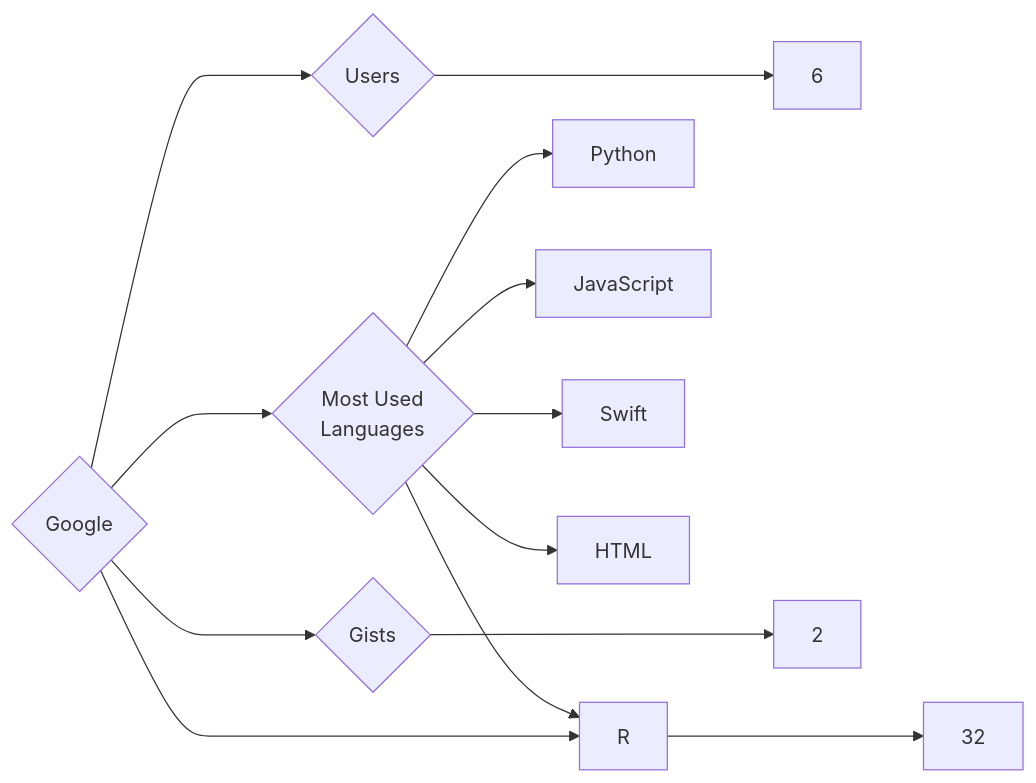
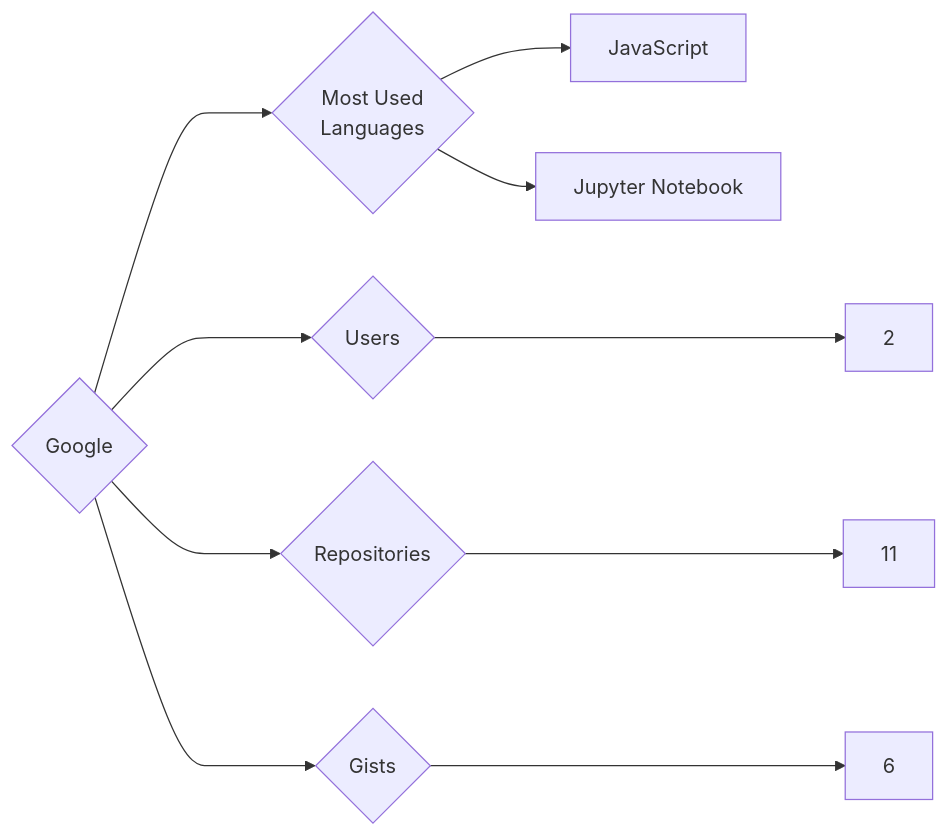
The diagram in targets/Google/README.md (trickest/insiders), drawn with Mermaid before and after one commit. The commit also changed 618 other files, not shown here.

````diff
--- a/targets/Google/README.md
+++ b/targets/Google/README.md
@@ -3,13 +3,10 @@
 ```mermaid
 graph LR
 COMPANY_NAME{Google}
-COMPANY_NAME ---> U{Users} ---> UN[6]
-COMPANY_NAME ---> R{Repositories} ---> RN[32]
-COMPANY_NAME ---> G{Gists} ---> GN[2]
+COMPANY_NAME ---> U{Users} ---> UN[2]
+COMPANY_NAME ---> R{Repositories} ---> RN[11]
+COMPANY_NAME ---> G{Gists} ---> GN[6]
 COMPANY_NAME ---> ML{Most Used<br>Languages}
-ML --> Python[Python]
 ML --> JavaScript[JavaScript]
-ML --> Swift[Swift]
-ML --> R[R]
-ML --> HTML[HTML]
+ML --> Jupyter_Notebook[Jupyter Notebook]
 ```
````
